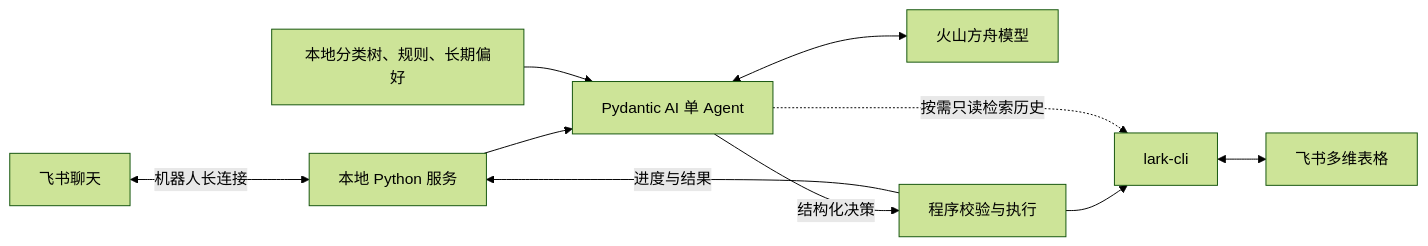
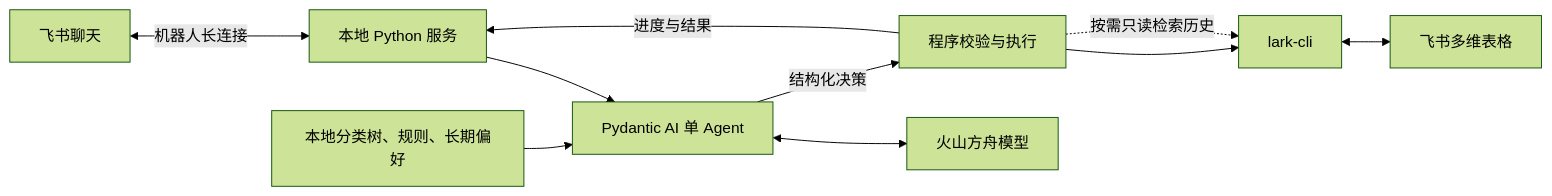
One commit to muieer/feishu-bitable-bookkeeping-agent changed the diagram in README.md. Above: the diagram before and after it, drawn with Mermaid (forest theme). The commit also changed other lines of this file and 32 other files, not shown here.

````diff
--- a/README.md
+++ b/README.md
@@ -32,12 +32,12 @@
 ```mermaid
 flowchart LR
     U[飞书聊天] <-->|机器人长连接| S[本地 Python 服务]
     S --> A[Pydantic AI 单 Agent]
     A <--> L[火山方舟模型]
     K[本地分类树、规则、长期偏好] --> A
     A -->|结构化决策| V[程序校验与执行]
     V --> C[lark-cli]
-    A -.->|按需只读检索历史| C
+    V -.->|按需只读检索历史| C
     C <--> B[飞书多维表格]
     V -->|进度与结果| S
 ```
````
